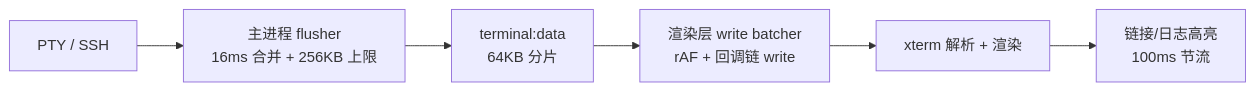
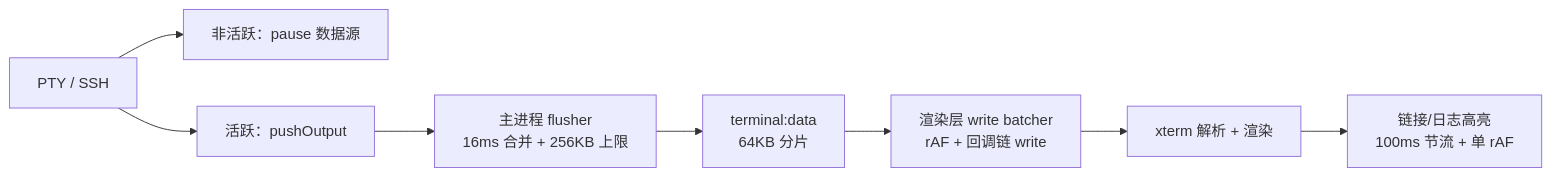
One commit to Landers1037/NioZy changed the third of 3 diagrams in docs/功能实验特性.md. Above: the diagram before and after it, drawn with Mermaid. The commit also changed other lines of this file and 7 other files, not shown here.

First line of the commit message:
perf(attach-pty): pause inactive streams and LRU scrollback offload

````diff
--- a/docs/功能实验特性.md
+++ b/docs/功能实验特性.md
@@ -171,8 +195,10 @@
 ```mermaid
 flowchart LR
-  PTY["PTY / SSH"] --> Flush["主进程 flusher\n16ms 合并 + 256KB 上限"]
+  PTY["PTY / SSH"] --> Pause["非活跃：pause 数据源"]
+  PTY --> Active["活跃：pushOutput"]
+  Active --> Flush["主进程 flusher\n16ms 合并 + 256KB 上限"]
   Flush --> IPC["terminal:data\n64KB 分片"]
   IPC --> Batcher["渲染层 write batcher\nrAF + 回调链 write"]
   Batcher --> Xterm["xterm 解析 + 渲染"]
-  Xterm --> HL["链接/日志高亮\n100ms 节流"]
+  Xterm --> HL["链接/日志高亮\n100ms 节流 + 单 rAF"]
 ```
````
